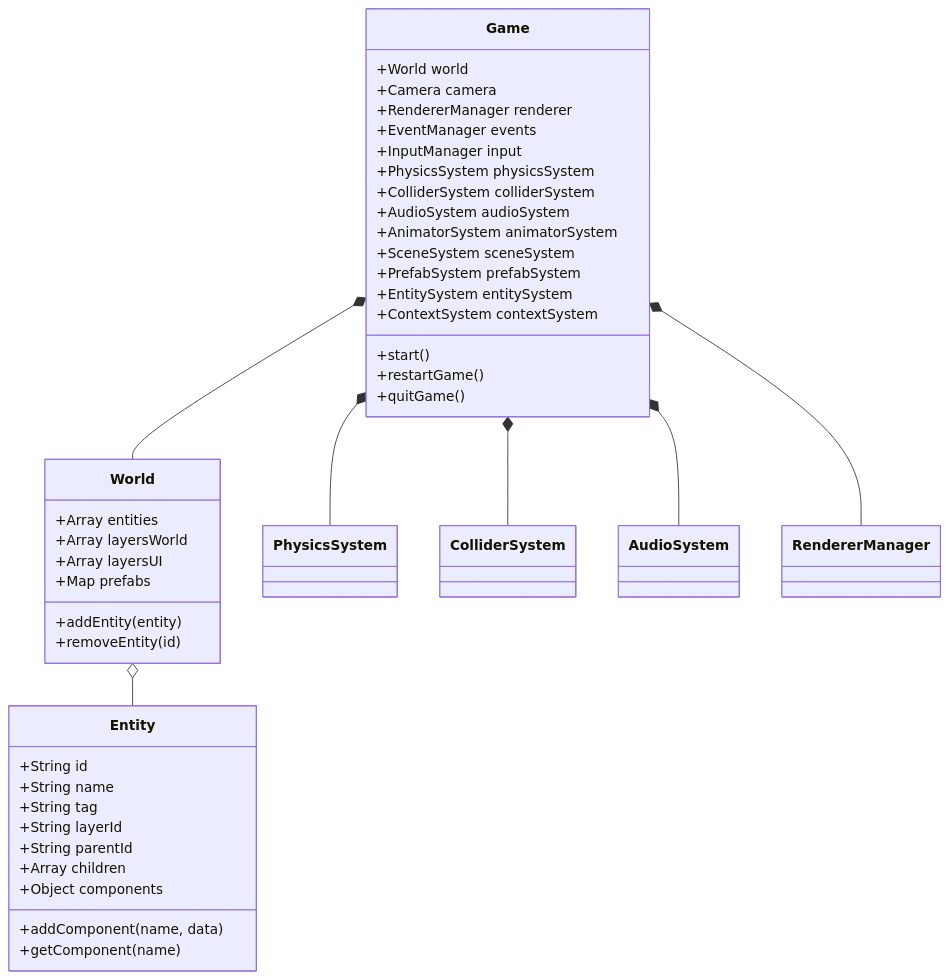
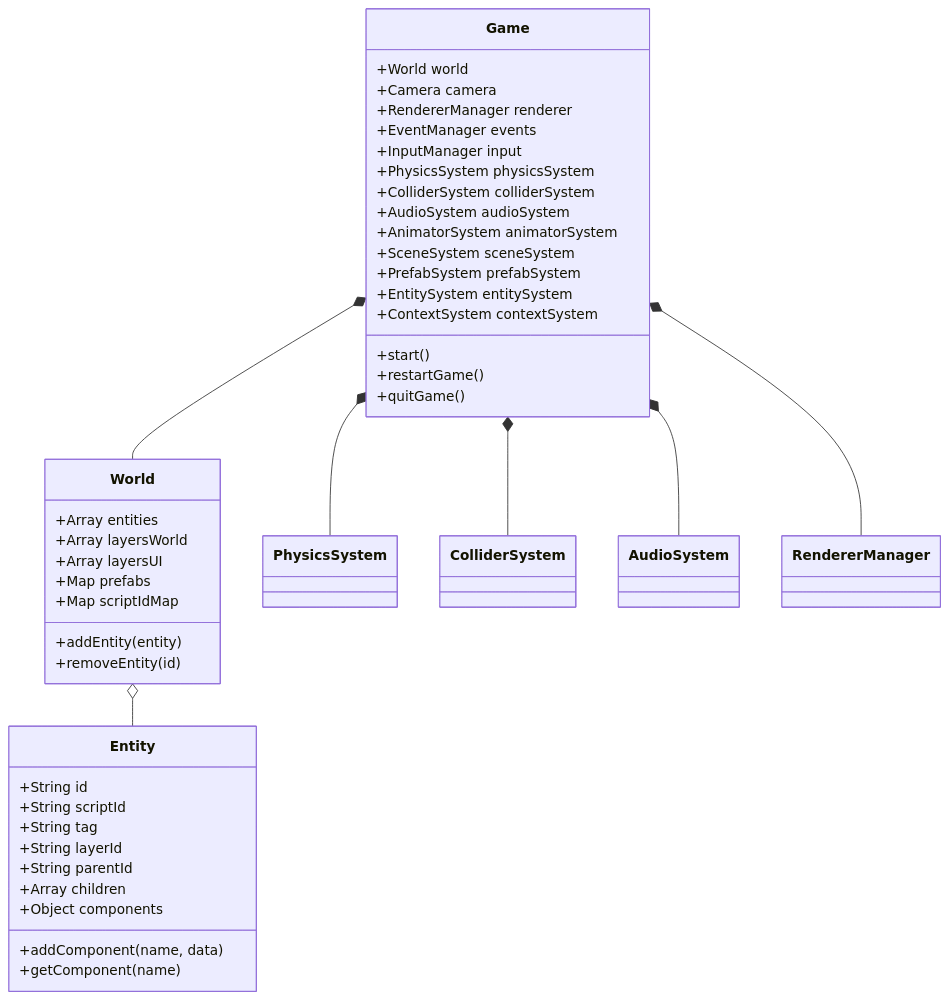
The second of 3 diagrams in docs/architecture.md (haikal-adnan/lupis-engine), drawn with Mermaid before and after one commit. The commit also changed other lines of this file and 167 other files, not shown here.

Commit message:
New Schema

````diff
--- a/docs/architecture.md
+++ b/docs/architecture.md
@@ -37,49 +31,50 @@
 ```mermaid
 classDiagram
     class Game {
         +World world
         +Camera camera
         +RendererManager renderer
         +EventManager events
         +InputManager input
         +PhysicsSystem physicsSystem
         +ColliderSystem colliderSystem
         +AudioSystem audioSystem
         +AnimatorSystem animatorSystem
         +SceneSystem sceneSystem
         +PrefabSystem prefabSystem
         +EntitySystem entitySystem
         +ContextSystem contextSystem
         +start()
         +restartGame()
         +quitGame()
     }
 
     class World {
         +Array entities
         +Array layersWorld
         +Array layersUI
         +Map prefabs
+        +Map scriptIdMap
         +addEntity(entity)
         +removeEntity(id)
     }
 
     class Entity {
         +String id
-        +String name
+        +String scriptId
         +String tag
         +String layerId
         +String parentId
         +Array children
         +Object components
         +addComponent(name, data)
         +getComponent(name)
     }
 
     Game *-- World
     World o-- Entity
     Game *-- PhysicsSystem
     Game *-- ColliderSystem
     Game *-- AudioSystem
     Game *-- RendererManager
 ```
````
